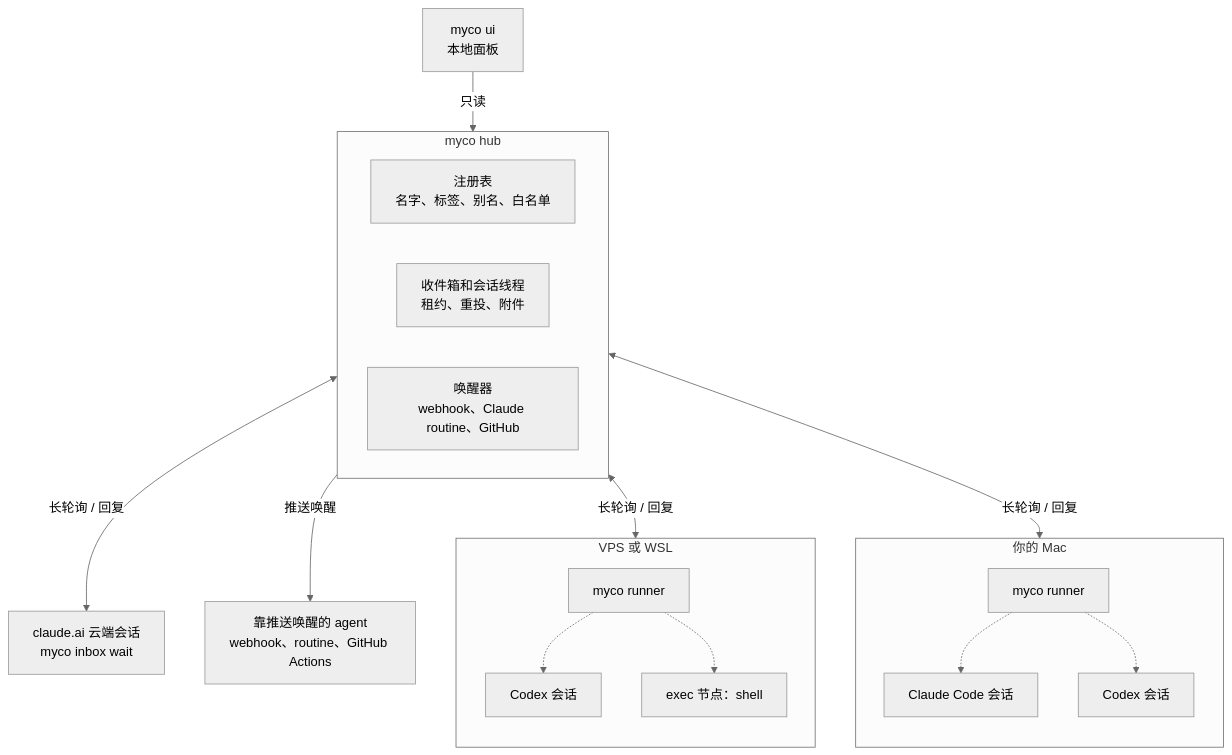
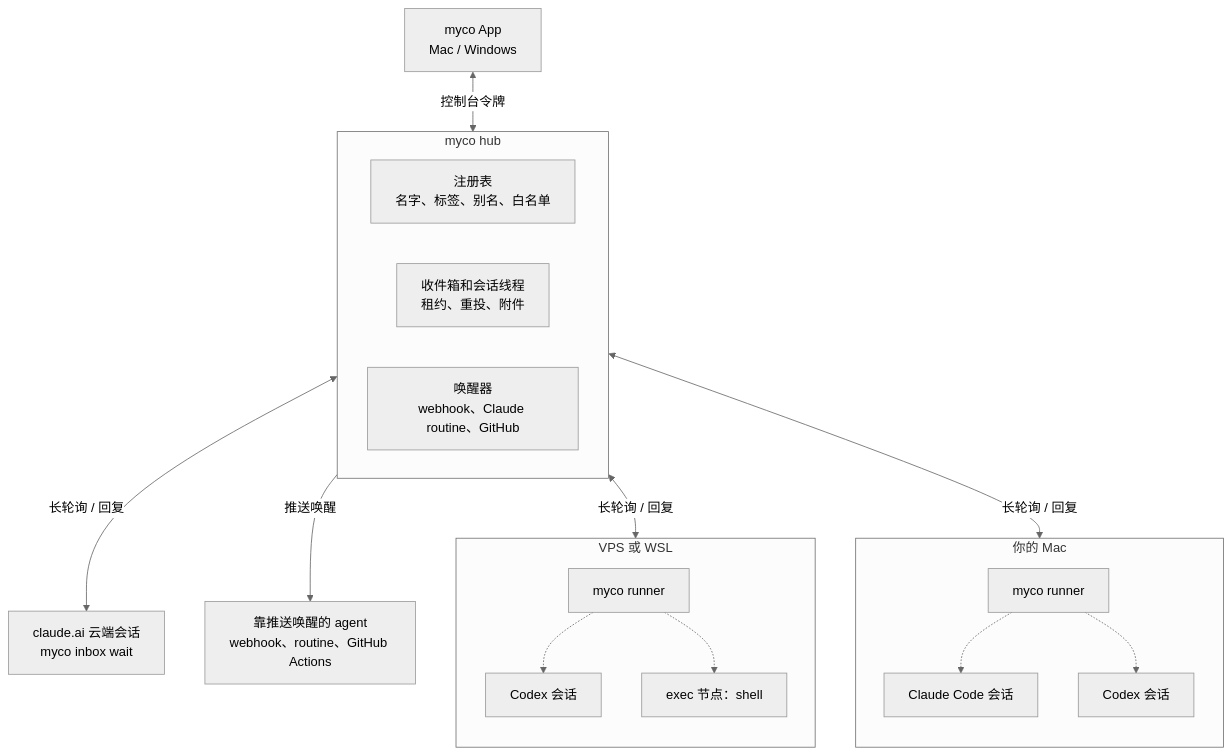
Before and after one commit to chenhg5/myco: the first of 2 diagrams in README.zh-CN.md, drawn with Mermaid (neutral theme). The commit also changed other lines of this file and 46 other files, not shown here.

````diff
--- a/README.zh-CN.md
+++ b/README.zh-CN.md
@@ -108,32 +141,32 @@
 ```mermaid
 flowchart TB
   subgraph HUB["myco hub"]
     direction LR
     REG["注册表<br/>名字、标签、别名、白名单"]
     BOX["收件箱和会话线程<br/>租约、重投、附件"]
     WAKE["唤醒器<br/>webhook、Claude routine、GitHub"]
   end
 
   subgraph MAC["你的 Mac"]
     direction TB
     R1["myco runner"] -.-> S1["Claude Code 会话"]
     R1 -.-> S2["Codex 会话"]
   end
 
   CLOUD["claude.ai 云端会话<br/>myco inbox wait"]
 
   subgraph VPS["VPS 或 WSL"]
     direction TB
     R2["myco runner"] -.-> S3["Codex 会话"]
     R2 -.-> S4["exec 节点：shell"]
   end
 
-  UI["myco ui<br/>本地面板"]
+  UI["myco App<br/>Mac / Windows"]
   EXT["靠推送唤醒的 agent<br/>webhook、routine、GitHub Actions"]
 
   BOX <-->|"长轮询 / 回复"| R1
   BOX <-->|"长轮询 / 回复"| CLOUD
   BOX <-->|"长轮询 / 回复"| R2
-  UI -->|"只读"| REG
+  UI <-->|"控制台令牌"| REG
   WAKE -->|"推送唤醒"| EXT
 ```
````
